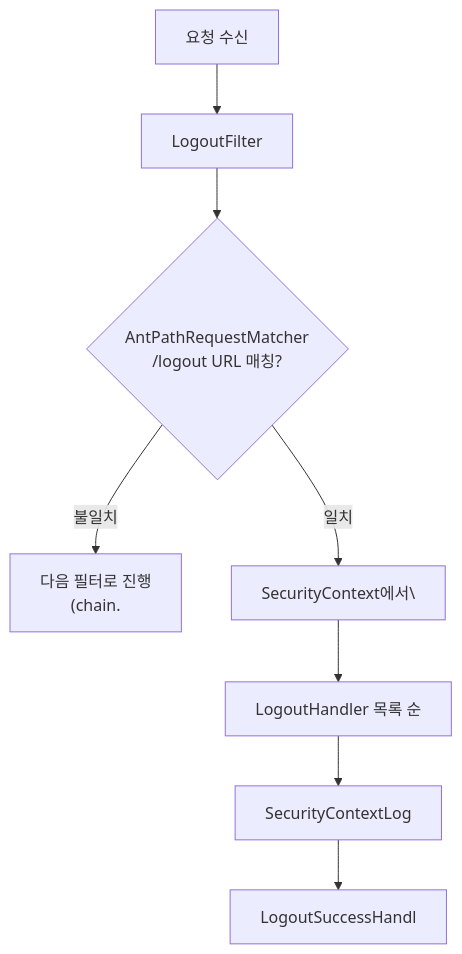
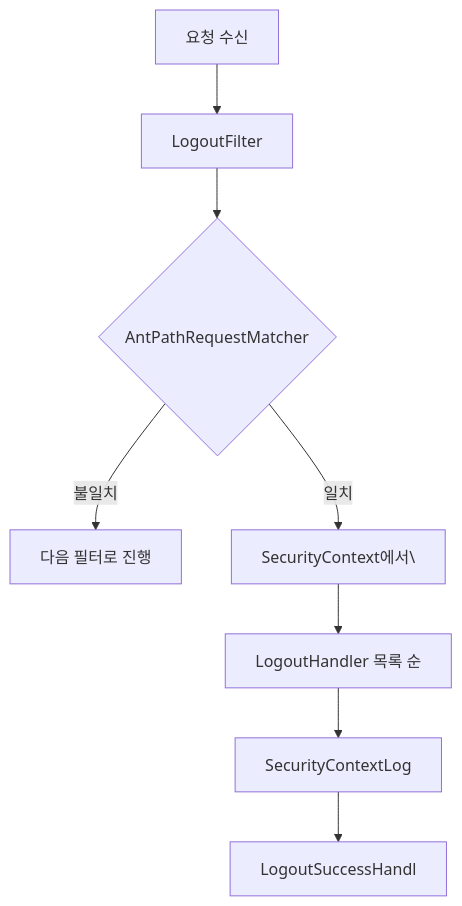
Before and after one commit to yjkim2015/yjkim2015.github.io: the second of 2 diagrams in _posts/security/2021-01-17-Logout.md, drawn with Mermaid. The commit also changed 217 other files, not shown here.

First line of the commit message:
Mermaid 크기 수정: useMaxWidth:true + SVG max-width:100% + 라벨 축소

````diff
--- a/_posts/security/2021-01-17-Logout.md
+++ b/_posts/security/2021-01-17-Logout.md
@@ -119,10 +119,10 @@
 ```mermaid
 flowchart TD
     A["요청 수신"] --> B["LogoutFilter"]
-    B --> C{"AntPathRequestMatcher\n/logout URL 매칭?"}
-    C -- "불일치" --> D["다음 필터로 진행\n(chain."]
+    B --> C{"AntPathRequestMatcher"}
+    C -- "불일치" --> D["다음 필터로 진행"]
     C -- "일치" --> E["SecurityContext에서\"]
     E --> F["LogoutHandler 목록 순"]
     F --> G["SecurityContextLog"]
     G --> H["LogoutSuccessHandl"]
 ```
````
